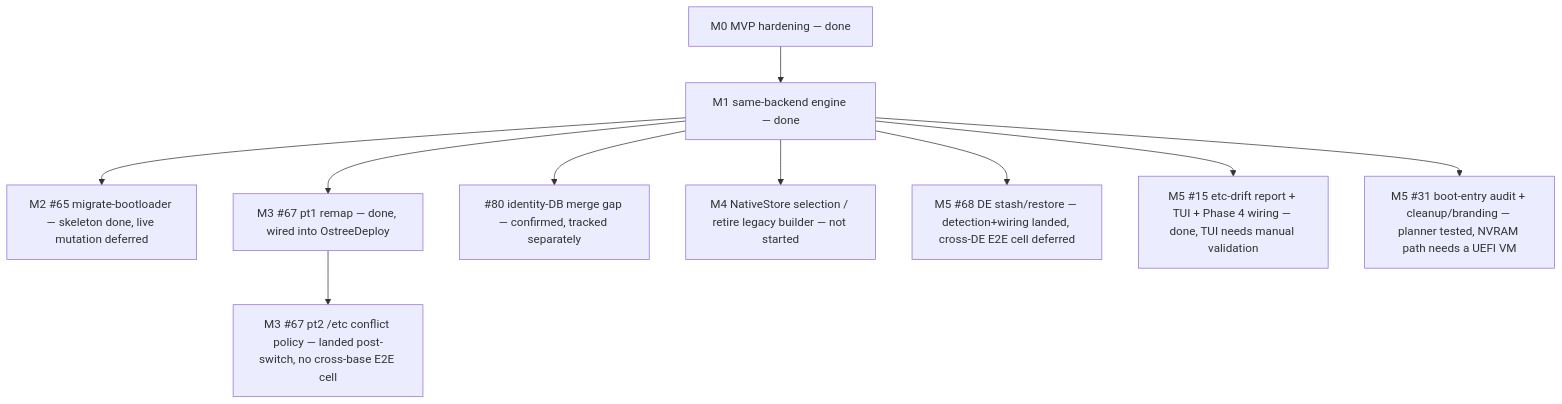
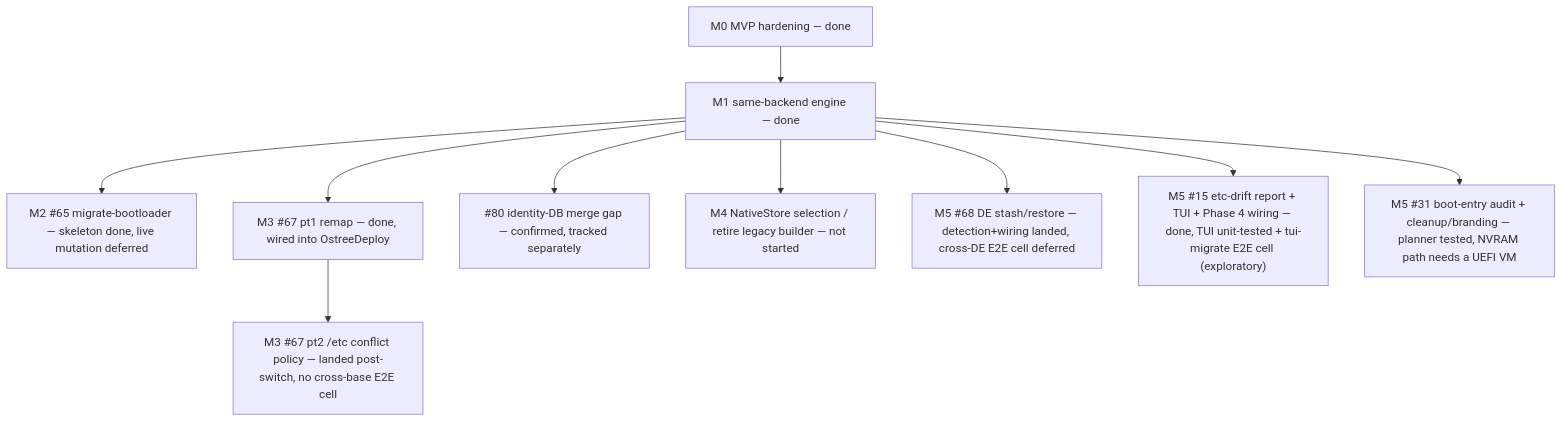
One commit to tuna-os/bootc-migrate changed the diagram in ROADMAP.md. Above: the diagram before and after it, drawn with Mermaid. The commit also changed other lines of this file and 9 other files, not shown here.

First line of the commit message:
test: close the TUI-assertions gap — headless TUI tests + tui-migrate E2E cell (#15) (#172)

````diff
--- a/ROADMAP.md
+++ b/ROADMAP.md
@@ -265,12 +271,12 @@
 ```mermaid
 graph TD
   M0["M0 MVP hardening — done"] --> M1["M1 same-backend engine — done"]
   M1 --> M2["M2 #65 migrate-bootloader — skeleton done, live mutation deferred"]
   M1 --> M3P1["M3 #67 pt1 remap — done, wired into OstreeDeploy"]
   M3P1 --> M3P2["M3 #67 pt2 /etc conflict policy — landed post-switch, no cross-base E2E cell"]
   M1 --> GAP80["#80 identity-DB merge gap — confirmed, tracked separately"]
   M1 --> M4["M4 NativeStore selection / retire legacy builder — not started"]
   M1 --> M5A["M5 #68 DE stash/restore — detection+wiring landed, cross-DE E2E cell deferred"]
-  M1 --> M5B["M5 #15 etc-drift report + TUI + Phase 4 wiring — done, TUI needs manual validation"]
+  M1 --> M5B["M5 #15 etc-drift report + TUI + Phase 4 wiring — done, TUI unit-tested + tui-migrate E2E cell (exploratory)"]
   M1 --> M5C["M5 #31 boot-entry audit + cleanup/branding — planner tested, NVRAM path needs a UEFI VM"]
 ```
````
